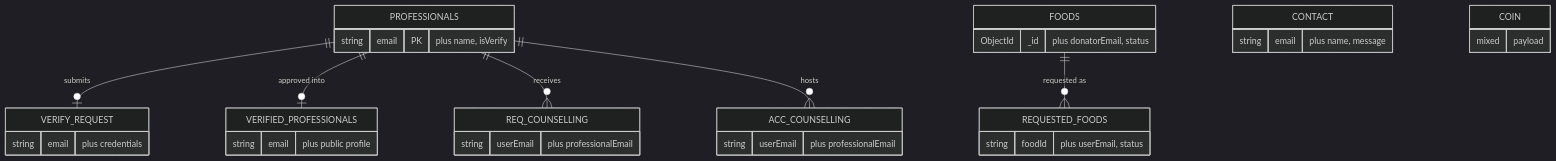
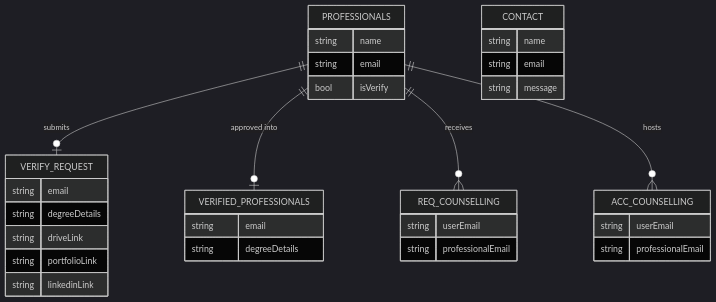
The fifth of 6 diagrams in README.md (mahfuzhasanreza/kawan), drawn with Mermaid (dark theme) before and after one commit. The commit also changed other lines of this file, not shown here.

````diff
--- a/README.md
+++ b/README.md
@@ -298,18 +261,37 @@
 ```mermaid
 erDiagram
-    PROFESSIONALS ||--o| VERIFY_REQUEST : submits
+    PROFESSIONALS ||--o| VERIFY_REQUEST : "submits"
     PROFESSIONALS ||--o| VERIFIED_PROFESSIONALS : "approved into"
-    PROFESSIONALS ||--o{ REQ_COUNSELLING : receives
-    PROFESSIONALS ||--o{ ACC_COUNSELLING : hosts
-    FOODS ||--o{ REQUESTED_FOODS : "requested as"
+    PROFESSIONALS ||--o{ REQ_COUNSELLING : "receives"
+    PROFESSIONALS ||--o{ ACC_COUNSELLING : "hosts"
 
-    PROFESSIONALS { string email PK "plus name, isVerify" }
-    VERIFY_REQUEST { string email "plus credentials" }
-    VERIFIED_PROFESSIONALS { string email "plus public profile" }
-    REQ_COUNSELLING { string userEmail "plus professionalEmail" }
-    ACC_COUNSELLING { string userEmail "plus professionalEmail" }
-    CONTACT { string email "plus name, message" }
-    COIN { mixed payload }
-    FOODS { ObjectId _id "plus donatorEmail, status" }
-    REQUESTED_FOODS { string foodId "plus userEmail, status" }
+    PROFESSIONALS {
+        string name
+        string email
+        bool isVerify
+    }
+    VERIFY_REQUEST {
+        string email
+        string degreeDetails
+        string driveLink
+        string portfolioLink
+        string linkedinLink
+    }
+    VERIFIED_PROFESSIONALS {
+        string email
+        string degreeDetails
+    }
+    REQ_COUNSELLING {
+        string userEmail
+        string professionalEmail
+    }
+    ACC_COUNSELLING {
+        string userEmail
+        string professionalEmail
+    }
+    CONTACT {
+        string name
+        string email
+        string message
+    }
 ```
````
